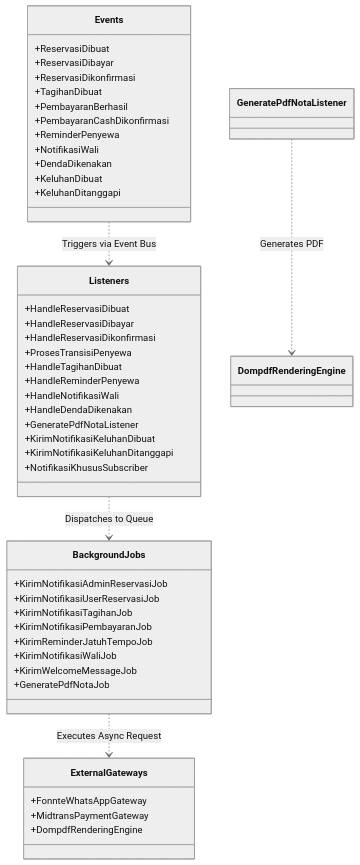
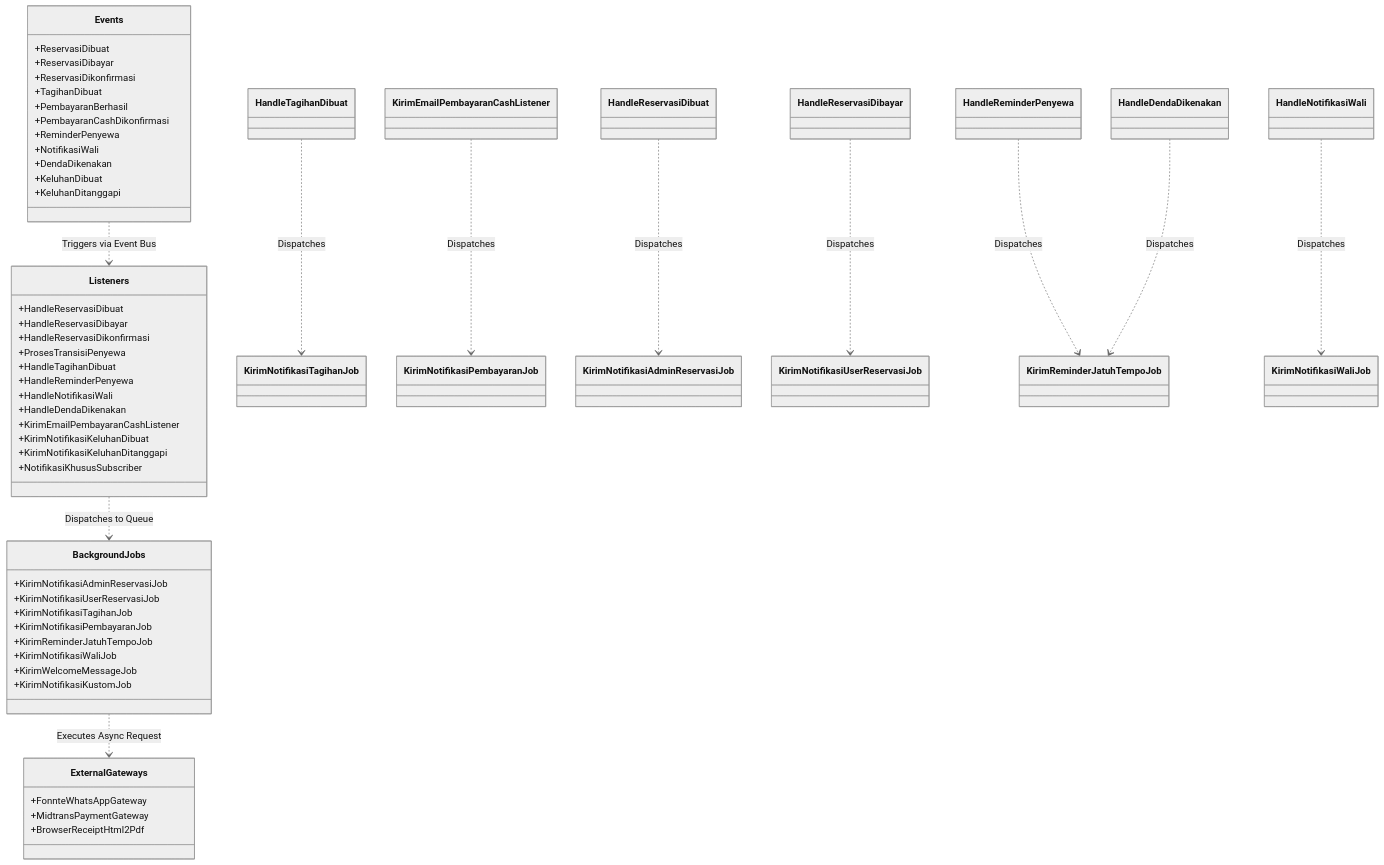
One commit to rafifarsyapradiva/asri-boarding-house changed the fifth of 13 diagrams in Blueprint/Class_Diagram_Kost.md. Above: the diagram before and after it, drawn with Mermaid (neutral theme). The commit also changed other lines of this file and 28 other files, not shown here.

Commit message:
docs(class-diagram): finalisasi arsitektur objek, integrasi 21 model, eliminasi ghost classes & kompilasi 19 citra visual (v240.0)

````diff
--- a/Blueprint/Class_Diagram_Kost.md
+++ b/Blueprint/Class_Diagram_Kost.md
@@ -752,55 +1150,61 @@
 ```mermaid
 classDiagram
     direction TB
 
     class Events {
         +ReservasiDibuat
         +ReservasiDibayar
         +ReservasiDikonfirmasi
         +TagihanDibuat
         +PembayaranBerhasil
         +PembayaranCashDikonfirmasi
         +ReminderPenyewa
         +NotifikasiWali
         +DendaDikenakan
         +KeluhanDibuat
         +KeluhanDitanggapi
     }
 
     class Listeners {
         +HandleReservasiDibuat
         +HandleReservasiDibayar
         +HandleReservasiDikonfirmasi
         +ProsesTransisiPenyewa
         +HandleTagihanDibuat
         +HandleReminderPenyewa
         +HandleNotifikasiWali
         +HandleDendaDikenakan
-        +GeneratePdfNotaListener
+        +KirimEmailPembayaranCashListener
         +KirimNotifikasiKeluhanDibuat
         +KirimNotifikasiKeluhanDitanggapi
         +NotifikasiKhususSubscriber
     }
 
     class BackgroundJobs {
         +KirimNotifikasiAdminReservasiJob
         +KirimNotifikasiUserReservasiJob
         +KirimNotifikasiTagihanJob
         +KirimNotifikasiPembayaranJob
         +KirimReminderJatuhTempoJob
         +KirimNotifikasiWaliJob
         +KirimWelcomeMessageJob
-        +GeneratePdfNotaJob
+        +KirimNotifikasiKustomJob
     }
 
     class ExternalGateways {
         +FonnteWhatsAppGateway
         +MidtransPaymentGateway
-        +DompdfRenderingEngine
+        +BrowserReceiptHtml2Pdf
     }
 
     Events ..> Listeners : Triggers via Event Bus
     Listeners ..> BackgroundJobs : Dispatches to Queue
     BackgroundJobs ..> ExternalGateways : Executes Async Request
-    GeneratePdfNotaListener ..> DompdfRenderingEngine : Generates PDF
+    HandleTagihanDibuat ..> KirimNotifikasiTagihanJob : Dispatches
+    KirimEmailPembayaranCashListener ..> KirimNotifikasiPembayaranJob : Dispatches
+    HandleReservasiDibuat ..> KirimNotifikasiAdminReservasiJob : Dispatches
+    HandleReservasiDibayar ..> KirimNotifikasiUserReservasiJob : Dispatches
+    HandleReminderPenyewa ..> KirimReminderJatuhTempoJob : Dispatches
+    HandleNotifikasiWali ..> KirimNotifikasiWaliJob : Dispatches
+    HandleDendaDikenakan ..> KirimReminderJatuhTempoJob : Dispatches
 ```
````
